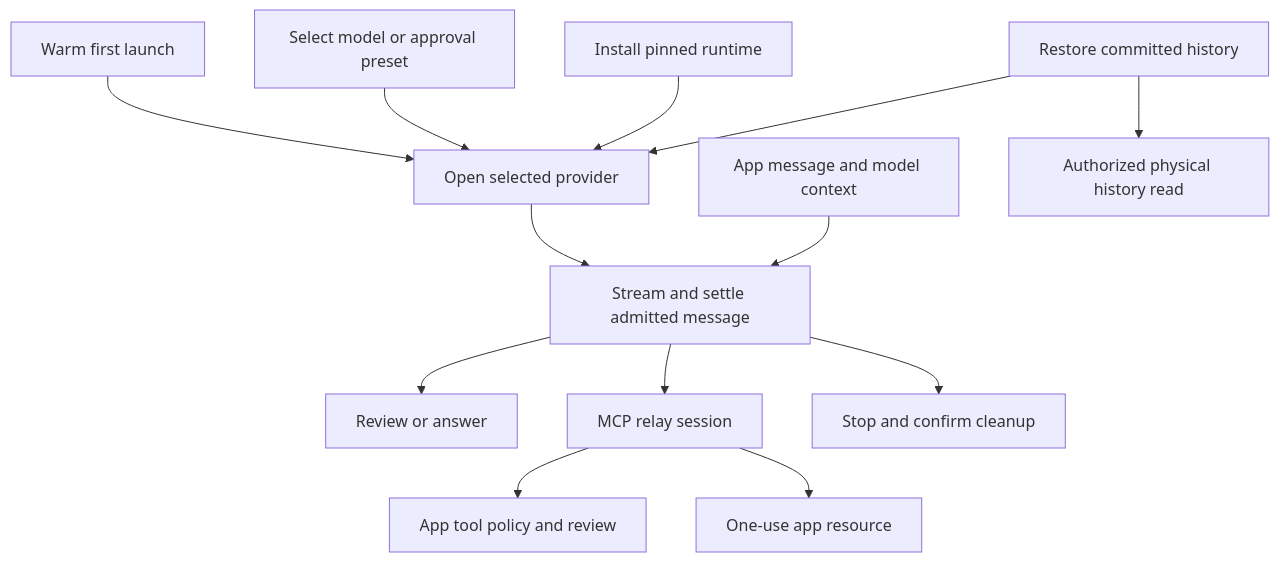
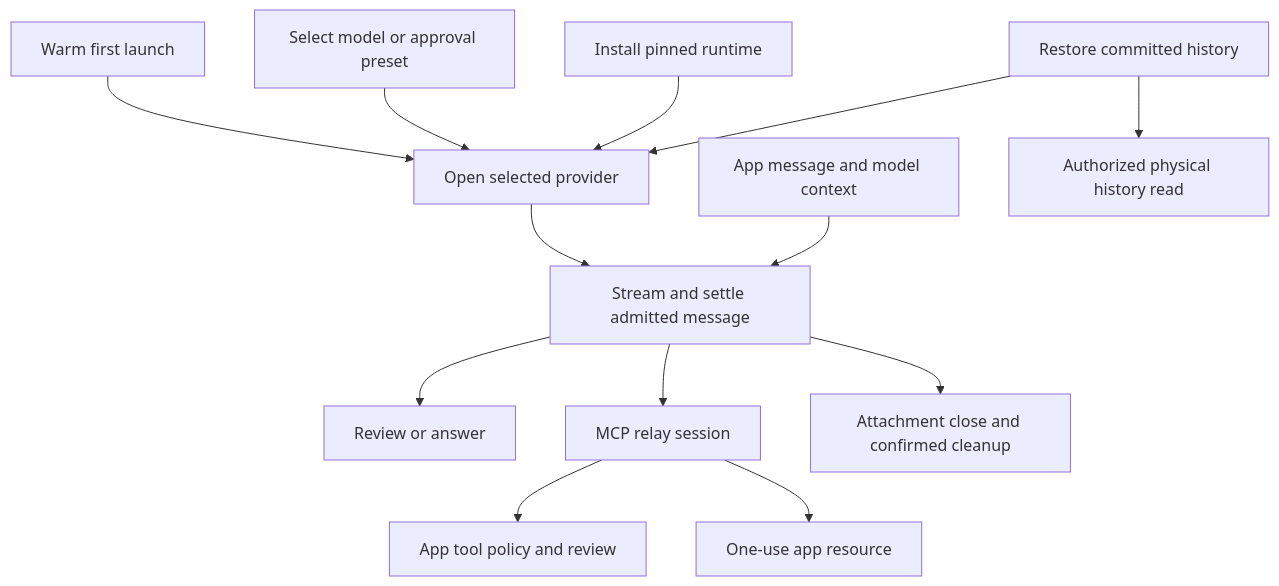
Before and after one commit to nessalabs/nessa-agent: the second of 2 diagrams in docs/state/services/sdk/runtime/README.md, drawn with Mermaid. The commit also changed other lines of this file and 16 other files, not shown here.

Commit message:
docs: reconcile state diagrams with current main lifecycles

````diff
--- a/docs/state/services/sdk/runtime/README.md
+++ b/docs/state/services/sdk/runtime/README.md
@@ -63,28 +66,28 @@
 ```mermaid
 flowchart TB
     Opening[Open selected provider]
     Warm[Warm first launch]
     Configuration[Select model or approval preset]
     Execute[Stream and settle admitted message]
     Review[Review or answer]
     Relay[MCP relay session]
     AppCall[App tool policy and review]
     Resource[One-use app resource]
     AppMessage[App message and model context]
     Install[Install pinned runtime]
-    Stop[Stop and confirm cleanup]
+    Stop[Attachment close and confirmed cleanup]
     Restore[Restore committed history]
     Read[Authorized physical history read]
     Opening --> Execute
     Warm --> Opening
     Configuration --> Opening
     Execute --> Review
     Execute --> Relay
     Relay --> AppCall
     Relay --> Resource
     AppMessage --> Execute
     Install --> Opening
     Execute --> Stop
     Restore --> Opening
     Restore --> Read
 ```
````
